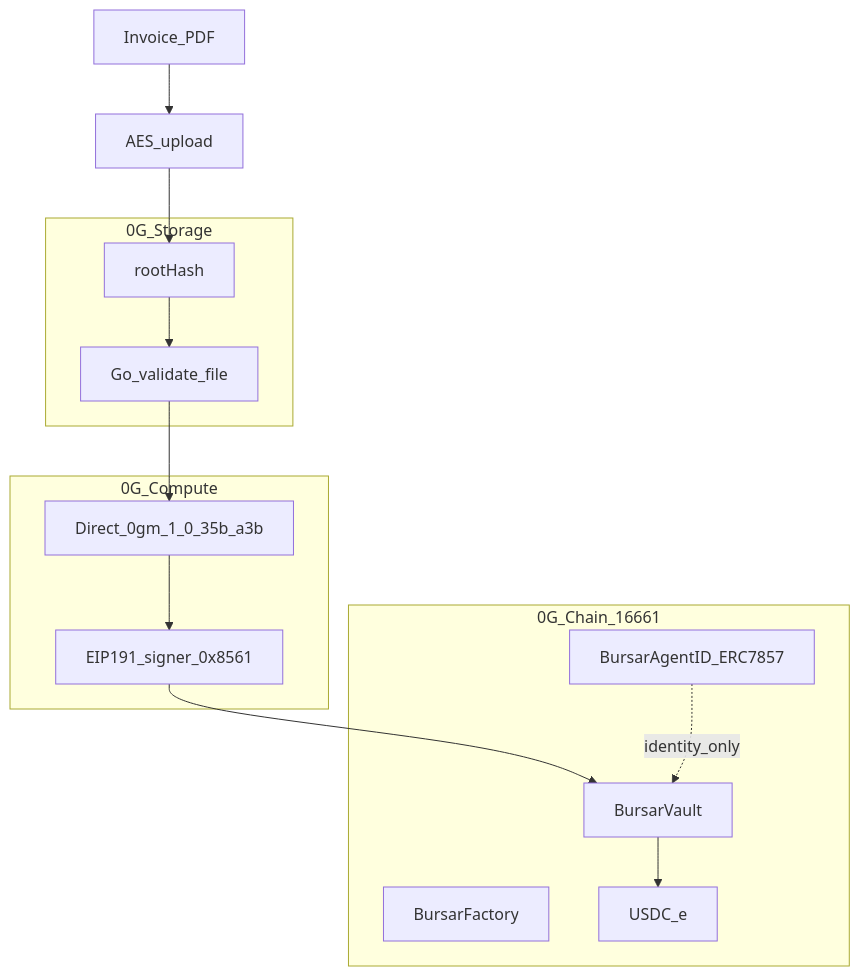
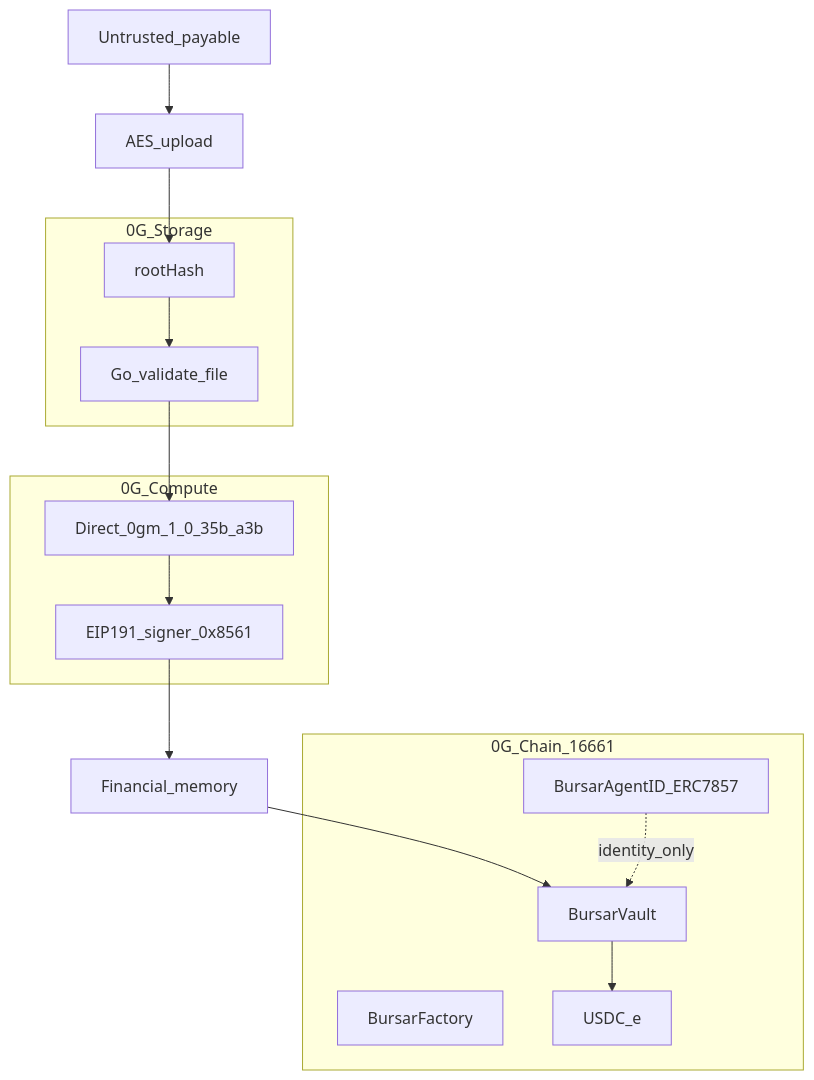
Before and after one commit to james32135/BURSAR: the second of 4 diagrams in README.md, drawn with Mermaid. The commit also changed other lines of this file and 22 other files, not shown here.

````diff
--- a/README.md
+++ b/README.md
@@ -77,25 +71,26 @@
 ```mermaid
 flowchart TB
   subgraph chain [0G_Chain_16661]
     factory[BursarFactory]
     vault[BursarVault]
     usdc[USDC_e]
     agentNft[BursarAgentID_ERC7857]
   end
   subgraph compute [0G_Compute]
     teeml[Direct_0gm_1_0_35b_a3b]
     signer[EIP191_signer_0x8561]
   end
   subgraph storage [0G_Storage]
     root[rootHash]
     goProof[Go_validate_file]
   end
-  invoice[Invoice_PDF] --> storeEnc[AES_upload]
+  invoice[Untrusted_payable] --> storeEnc[AES_upload]
   storeEnc --> root
   root --> goProof
   goProof --> teeml
   teeml --> signer
-  signer --> vault
+  signer --> mem[Financial_memory]
+  mem --> vault
   vault --> usdc
   agentNft -. identity_only .-> vault
 ```
````
